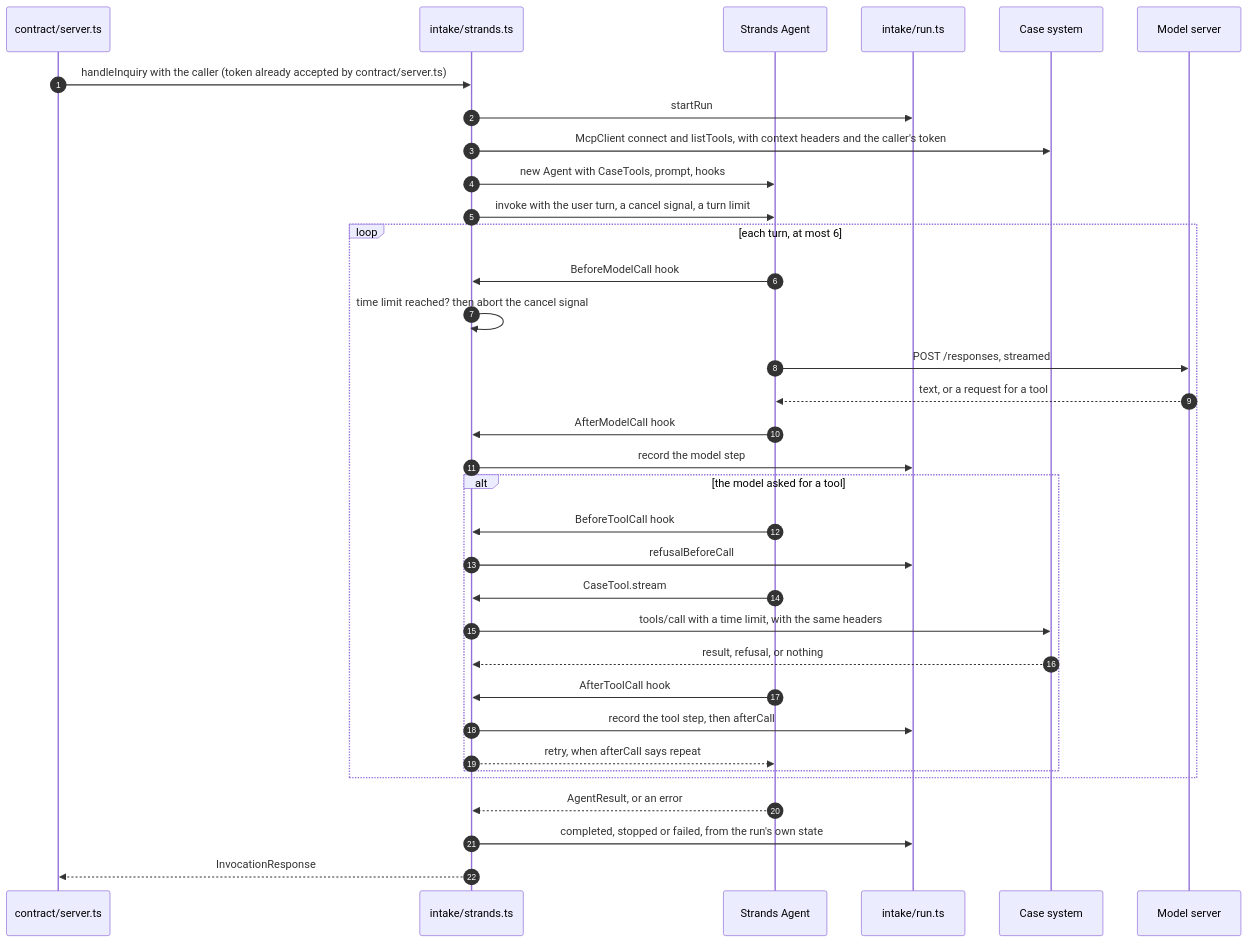
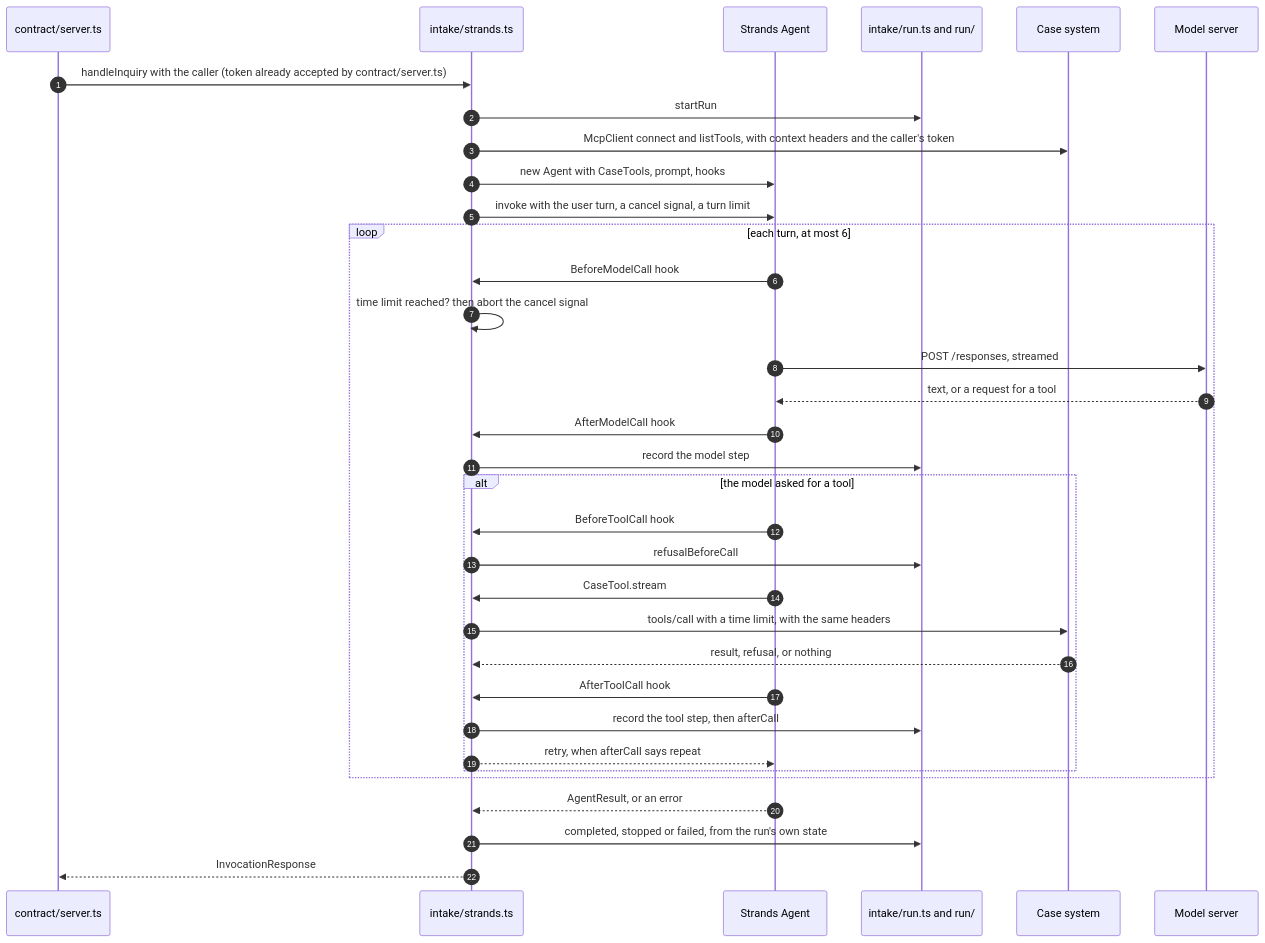
Before and after one commit to AndrewPHunter/ai-on-aws: the second of 2 diagrams in docs/architecture/intake-agent-strands.md, drawn with Mermaid. The commit also changed other lines of this file and 16 other files, not shown here.

First line of the commit message:
Agents: startup and the run record are shared, not intake's

````diff
--- a/docs/architecture/intake-agent-strands.md
+++ b/docs/architecture/intake-agent-strands.md
@@ -68,37 +68,37 @@
 ```mermaid
 sequenceDiagram
     autonumber
     participant S as contract/server.ts
     participant O as intake/strands.ts
     participant A as Strands Agent
-    participant R as intake/run.ts
+    participant R as intake/run.ts and run/
     participant K as Case system
     participant V as Model server
 
     S->>O: handleInquiry with the caller (token already accepted by contract/server.ts)
     O->>R: startRun
     O->>K: McpClient connect and listTools, with context headers and the caller's token
     O->>A: new Agent with CaseTools, prompt, hooks
     O->>A: invoke with the user turn, a cancel signal, a turn limit
     loop each turn, at most 6
         A->>O: BeforeModelCall hook
         O->>O: time limit reached? then abort the cancel signal
         A->>V: POST /responses, streamed
         V-->>A: text, or a request for a tool
         A->>O: AfterModelCall hook
         O->>R: record the model step
         alt the model asked for a tool
             A->>O: BeforeToolCall hook
             O->>R: refusalBeforeCall
             A->>O: CaseTool.stream
             O->>K: tools/call with a time limit, with the same headers
             K-->>O: result, refusal, or nothing
             A->>O: AfterToolCall hook
             O->>R: record the tool step, then afterCall
             O-->>A: retry, when afterCall says repeat
         end
     end
     A-->>O: AgentResult, or an error
     O->>R: completed, stopped or failed, from the run's own state
     O-->>S: InvocationResponse
 ```
````
